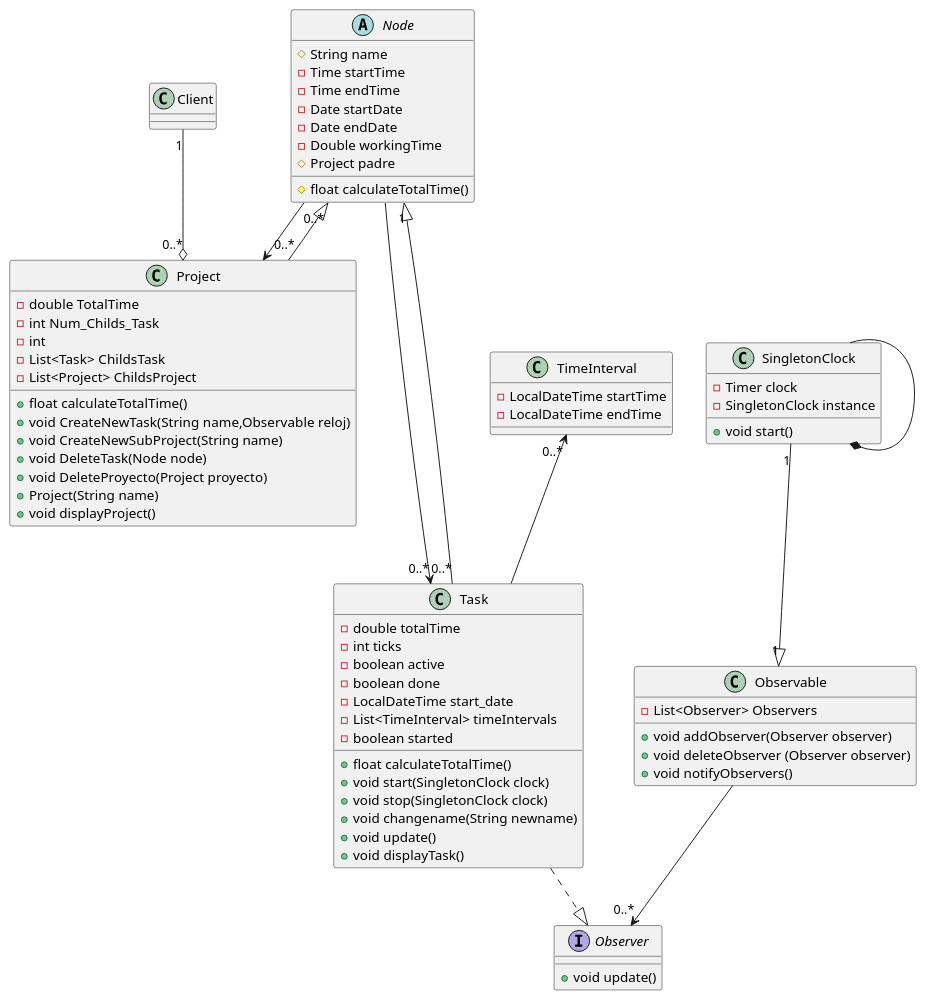
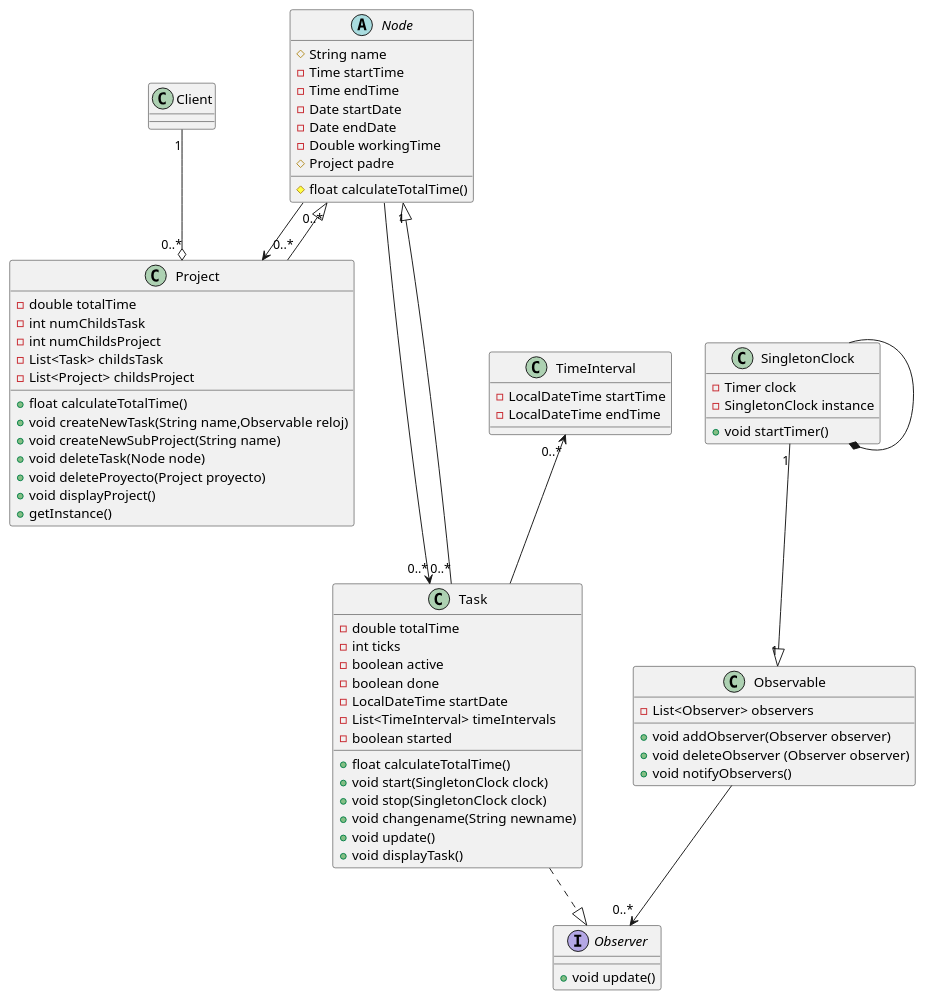
One commit to MirniWantsSweets/DS-project changed the diagram in src/Time_Tracker.puml. Above: the diagram before and after it, drawn with PlantUML. The commit also changed 7 other files, not shown here.

Commit message:
CheckStyle,comments, uml

```diff
--- a/src/Time_Tracker.puml
+++ b/src/Time_Tracker.puml
@@ -1,72 +1,73 @@
 @startuml
 
 
 abstract class Node{
 #String name
 -Time startTime
 -Time endTime
 -Date startDate
 -Date endDate
 -Double workingTime
 #Project padre
 #float calculateTotalTime()
 }
+
 class Observable{
--List<Observer> Observers
+-List<Observer> observers
 +void addObserver(Observer observer)
 +void deleteObserver (Observer observer)
 +void notifyObservers()
 }
 interface Observer{
 +void update()
 }
 class Project{
--double TotalTime
--int Num_Childs_Task
--int
--List<Task> ChildsTask
--List<Project> ChildsProject
+-double totalTime
+-int numChildsTask
+-int numChildsProject
+-List<Task> childsTask
+-List<Project> childsProject
 +float calculateTotalTime()
-+void CreateNewTask(String name,Observable reloj)
-+void CreateNewSubProject(String name)
-+void DeleteTask(Node node)
-+void DeleteProyecto(Project proyecto)
-+Project(String name)
++void createNewTask(String name,Observable reloj)
++void createNewSubProject(String name)
++void deleteTask(Node node)
++void deleteProyecto(Project proyecto)
 +void displayProject()
++getInstance()
 }
 class SingletonClock{
 -Timer clock
 -SingletonClock instance
-+void start()
++void startTimer()
 }
 class Task{
 -double totalTime
 -int ticks
 -boolean active
 -boolean done
--LocalDateTime start_date
+-LocalDateTime startDate
 -List<TimeInterval> timeIntervals
 -boolean started
 +float calculateTotalTime()
 +void start(SingletonClock clock)
 +void stop(SingletonClock clock)
 +void changename(String newname)
 +void update()
 +void displayTask()
 }
 class TimeInterval{
 -LocalDateTime startTime
 -LocalDateTime endTime
 }
 
 Project  "0..*"--|> "0..*"Node
 Task "0..*"---|> "1" Node
 Task ..|> Observer
 Node --> Project
 Node --> "0..*"Task
 Client "1"--o "0..*"Project
 SingletonClock "1" --|> "1"Observable
 TimeInterval "0..*" <-- Task
 Observable --> "0..*"Observer
 SingletonClock --* SingletonClock
 @enduml
```
